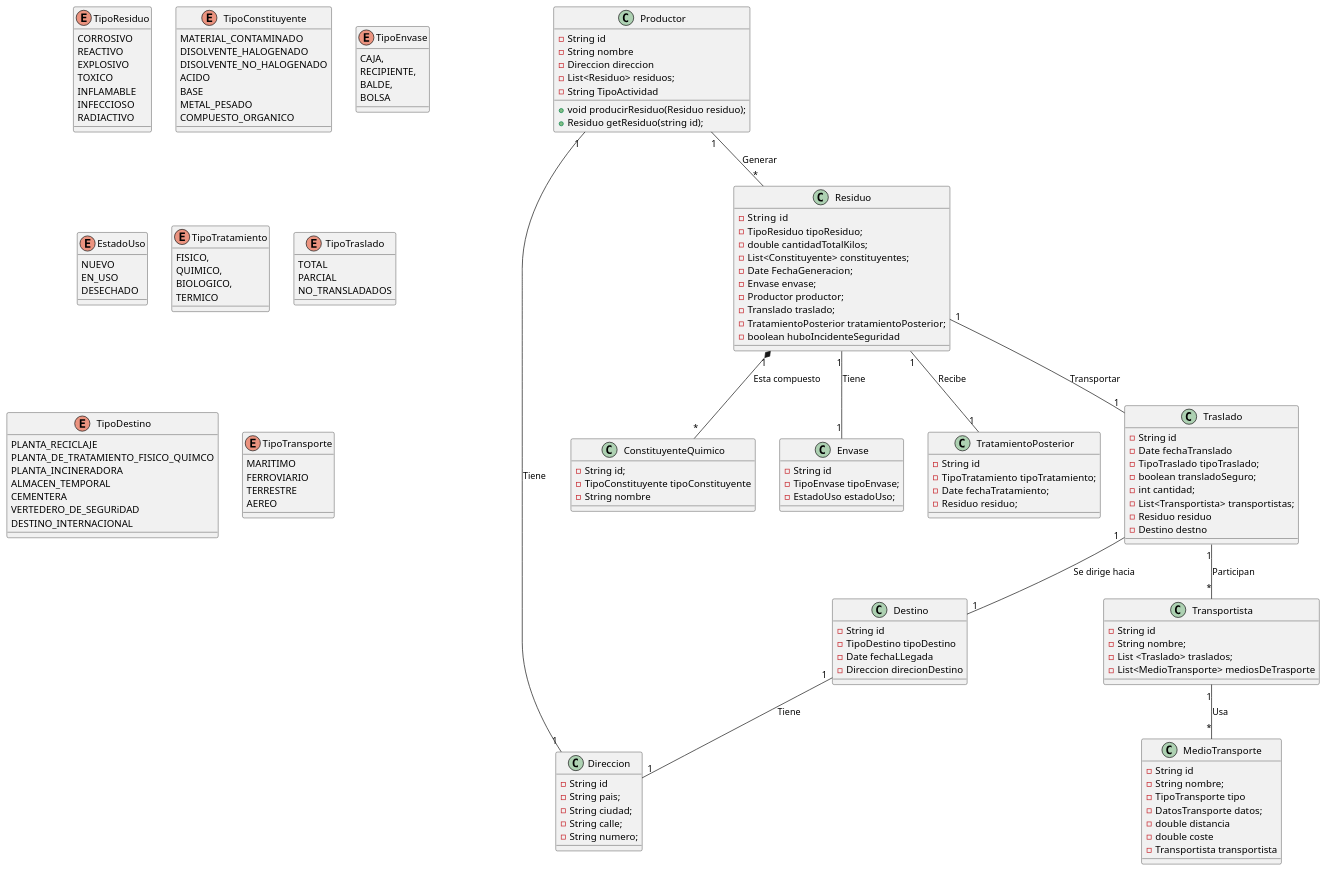
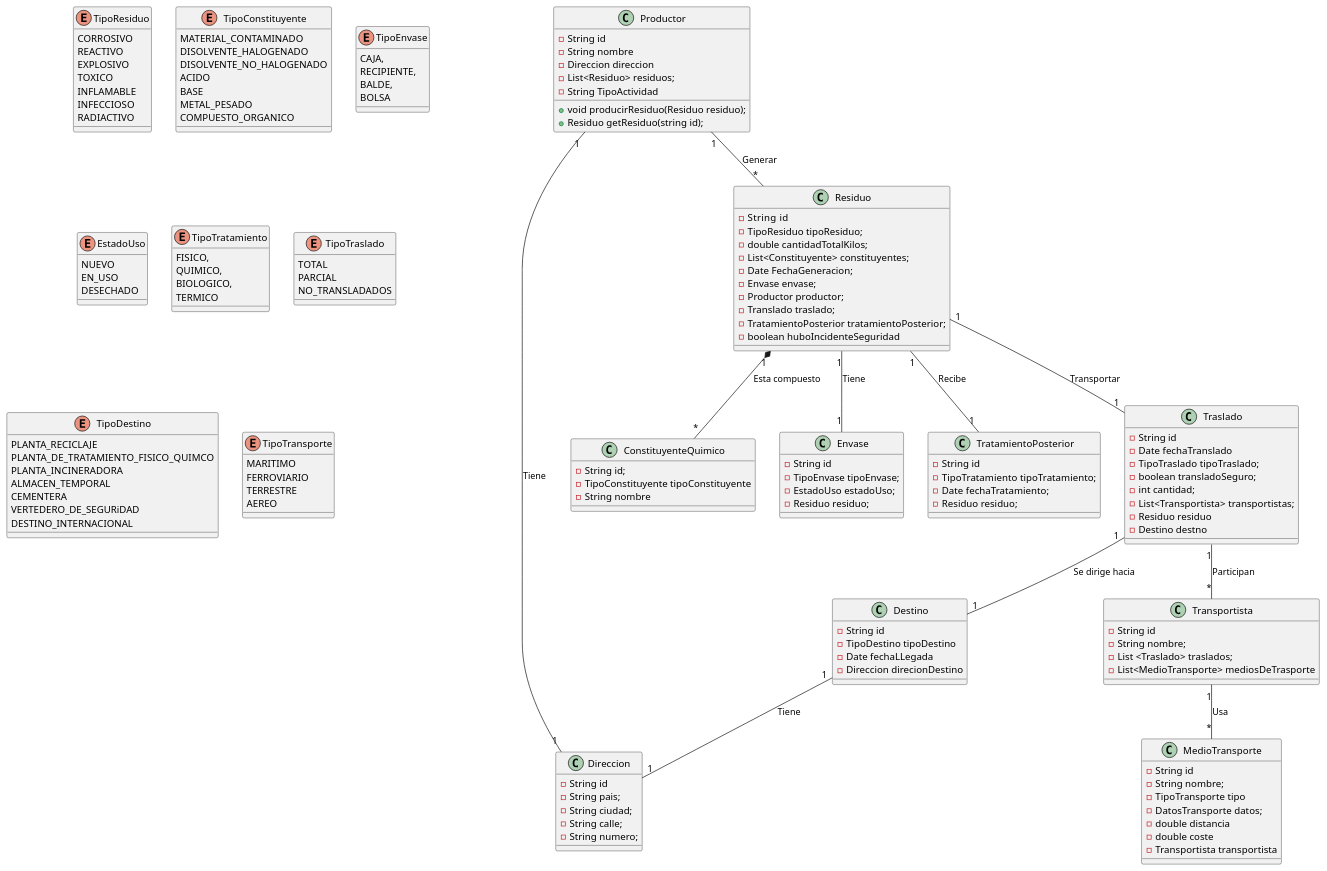
The diagram in src/jdesechosfabrica/Documentacion/Diagrama_de_clases_conceptual.puml (Blackaringo/JDesechosFabrica), drawn with PlantUML before and after one commit. The commit also changed 2 other files, not shown here.

Commit message:
creada la relacion entre envase y residuo modificado el diagrama de clases

```diff
--- a/src/jdesechosfabrica/Documentacion/Diagrama_de_clases_conceptual.puml
+++ b/src/jdesechosfabrica/Documentacion/Diagrama_de_clases_conceptual.puml
@@ -1,161 +1,162 @@
 @startuml
 class Productor{
     - String id
     - String nombre
     - Direccion direccion
     - List<Residuo> residuos;
     - String TipoActividad
     
     + void producirResiduo(Residuo residuo);
     + Residuo getResiduo(string id); 
 }
 
 class Direccion{
     - String id
     - String pais;
     - String ciudad;
     - String calle;
     - String numero;
 }
 
 enum TipoResiduo{
     CORROSIVO
     REACTIVO
     EXPLOSIVO
     TOXICO
     INFLAMABLE
     INFECCIOSO
     RADIACTIVO
 }
 
 class Residuo{
     - String  id
     - TipoResiduo tipoResiduo;
     - double cantidadTotalKilos;
     - List<Constituyente> constituyentes;
     - Date FechaGeneracion;
     - Envase envase;
     - Productor productor;
     - Translado traslado;
     - TratamientoPosterior tratamientoPosterior;
     - boolean huboIncidenteSeguridad
 }
 enum TipoConstituyente{
     MATERIAL_CONTAMINADO
     DISOLVENTE_HALOGENADO
     DISOLVENTE_NO_HALOGENADO
     ACIDO
     BASE
     METAL_PESADO
     COMPUESTO_ORGANICO
 }
 
 
 class ConstituyenteQuimico{
     - String id;
     - TipoConstituyente tipoConstituyente
     - String nombre
 }
 
 enum TipoEnvase{
     CAJA,
     RECIPIENTE,
     BALDE,
     BOLSA
 }
 
 enum EstadoUso{
     NUEVO
     EN_USO
     DESECHADO
 }
 
 class Envase{
     - String id
     - TipoEnvase tipoEnvase;
     - EstadoUso estadoUso;
+    - Residuo residuo;
 }
 
 class Transportista{
     - String id
     - String nombre;
     - List <Traslado> traslados;
     - List<MedioTransporte> mediosDeTrasporte
 }
 
 enum TipoTratamiento{
     FISICO,
     QUIMICO,
     BIOLOGICO,
     TERMICO
 }
 
 class TratamientoPosterior{
     - String id
     - TipoTratamiento tipoTratamiento;
     - Date fechaTratamiento;
     - Residuo residuo;
 }
 
 enum TipoTraslado{
 TOTAL
 PARCIAL
 NO_TRANSLADADOS
 }
 
 class Traslado{
     - String id
     - Date fechaTranslado
     - TipoTraslado tipoTraslado;
     - boolean transladoSeguro;
     - int cantidad;
     - List<Transportista> transportistas;
     - Residuo residuo
     - Destino destno
 }
 
 enum TipoDestino {
   PLANTA_RECICLAJE
   PLANTA_DE_TRATAMIENTO_FISICO_QUIMCO
   PLANTA_INCINERADORA
   ALMACEN_TEMPORAL
   CEMENTERA
   VERTEDERO_DE_SEGURiDAD
   DESTINO_INTERNACIONAL
 }
 
 class Destino{
     - String id
     - TipoDestino tipoDestino
     - Date fechaLLegada
     - Direccion direcionDestino
 }
 
 enum TipoTransporte {
     MARITIMO
     FERROVIARIO
     TERRESTRE
     AEREO
 }
 
 class MedioTransporte{
     - String id
     - String nombre;
     - TipoTransporte tipo
     - DatosTransporte datos;
     - double distancia
     - double coste 
     - Transportista transportista
 }
 
 Productor "1" -- "*" Residuo : Generar
 Residuo "1" -- "1" Traslado : Transportar
 Traslado "1" -- "*" Transportista : Participan
 Transportista "1" -- "*" MedioTransporte : Usa
 Residuo "1"  *-- "*" ConstituyenteQuimico : Esta compuesto
 Residuo "1" -- "1" Envase : Tiene
 Residuo "1" -- "1" TratamientoPosterior : Recibe 
 Productor "1" -- "1" Direccion : Tiene 
 Traslado "1" -- "1" Destino : Se dirige hacia
 Destino "1" -- "1" Direccion : Tiene
 @enduml
```
